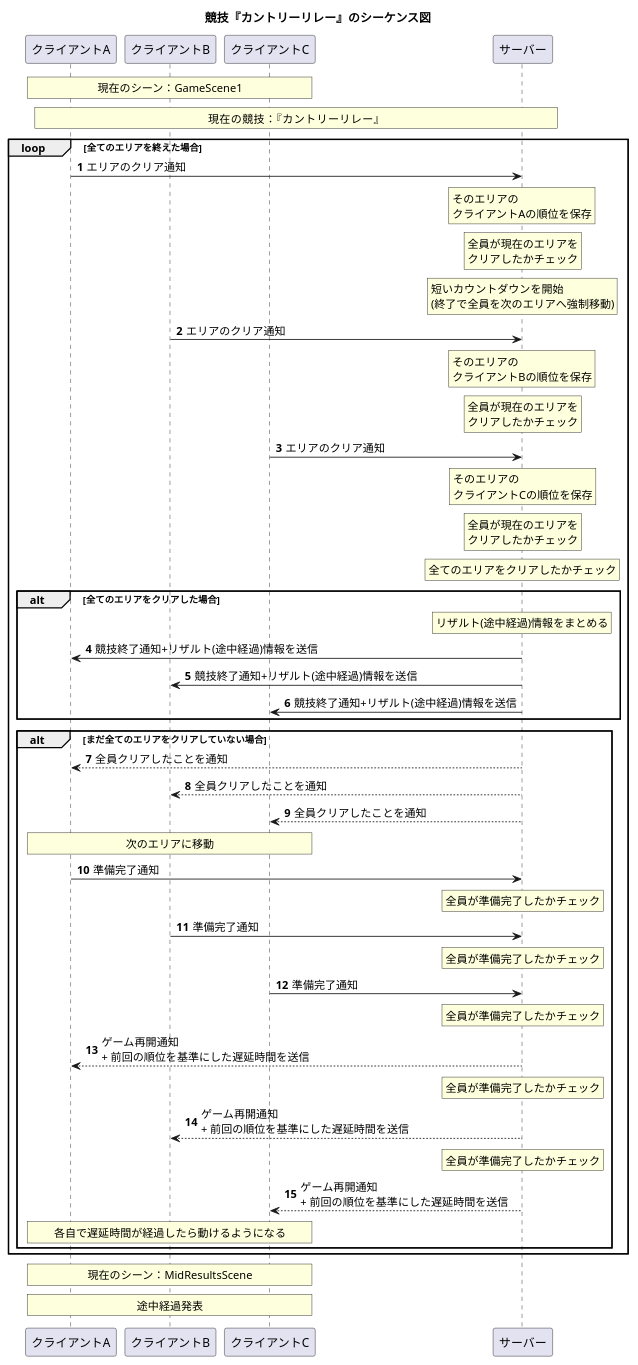
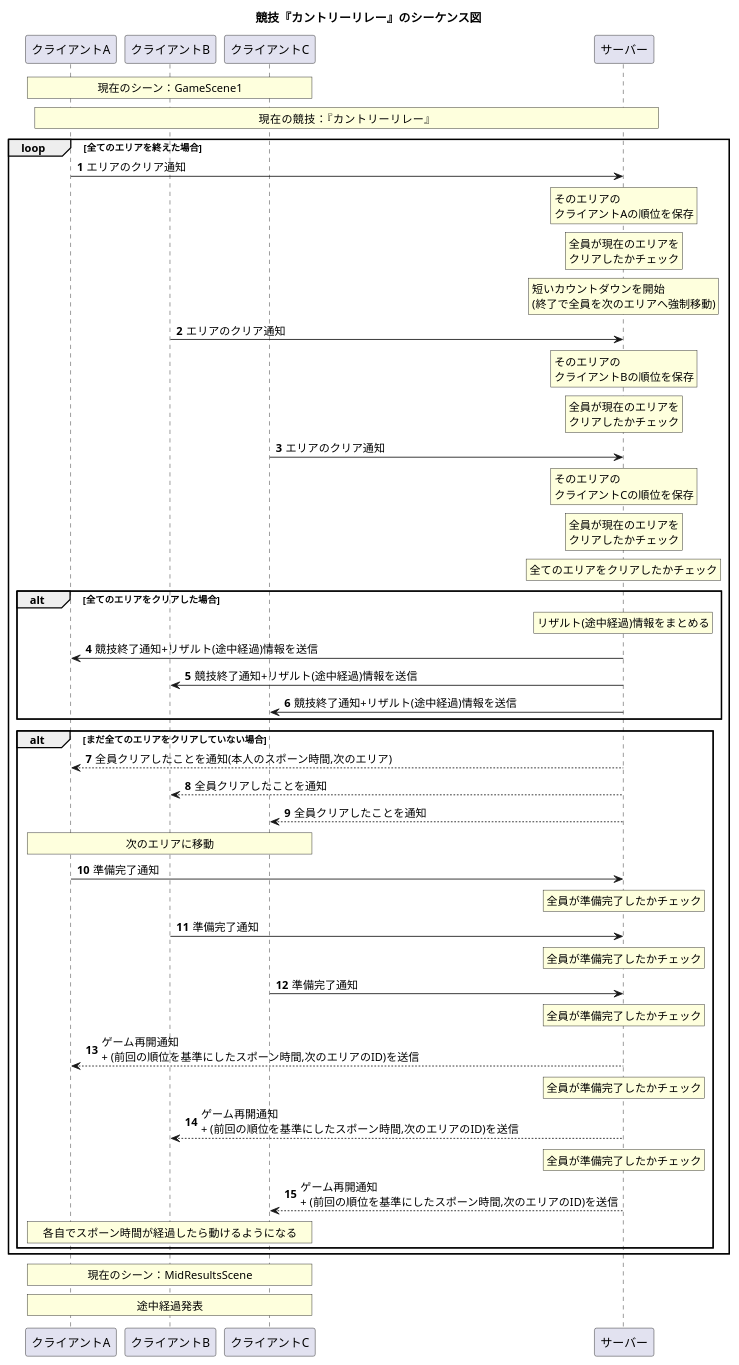
One commit to osaaaaaaaaaa/PlayingOutside changed the diagram in Document/07_競技『カントリーリレー』のシーケンス.puml. Above: the diagram before and after it, drawn with PlantUML. The commit also changed 97 other files, not shown here.

Commit message:
一部処理のシーケンス図作成、植物のギミック作成途中、障害物レースのエリア（通信部分以外）実装かんりょう

```diff
--- a/Document/07_競技『カントリーリレー』のシーケンス.puml
+++ b/Document/07_競技『カントリーリレー』のシーケンス.puml
@@ -1,59 +1,59 @@
 @startuml
 'https://plantuml.com/sequence-diagram
 
 
 participant クライアントA
 participant クライアントB
 participant クライアントC
 participant サーバー
 
 autonumber
 title 競技『カントリーリレー』のシーケンス図
 
 rnote over クライアントA,クライアントC:現在のシーン：GameScene1
 rnote over クライアントA,サーバー:現在の競技：『カントリーリレー』
 
 loop 全てのエリアを終えた場合
 クライアントA -> サーバー:エリアのクリア通知
 rnote over サーバー:そのエリアの\nクライアントAの順位を保存
 rnote over サーバー:全員が現在のエリアを\nクリアしたかチェック
 rnote over サーバー:短いカウントダウンを開始\n(終了で全員を次のエリアへ強制移動)
 クライアントB -> サーバー:エリアのクリア通知
 rnote over サーバー:そのエリアの\nクライアントBの順位を保存
 rnote over サーバー:全員が現在のエリアを\nクリアしたかチェック
 クライアントC -> サーバー:エリアのクリア通知
 rnote over サーバー:そのエリアの\nクライアントCの順位を保存
 rnote over サーバー:全員が現在のエリアを\nクリアしたかチェック
 rnote over サーバー:全てのエリアをクリアしたかチェック
 
 alt 全てのエリアをクリアした場合
 rnote over サーバー:リザルト(途中経過)情報をまとめる
 クライアントA <- サーバー:競技終了通知+リザルト(途中経過)情報を送信
 クライアントB <- サーバー:競技終了通知+リザルト(途中経過)情報を送信
 クライアントC <- サーバー:競技終了通知+リザルト(途中経過)情報を送信
 end
+
 alt まだ全てのエリアをクリアしていない場合
-
-クライアントA <-- サーバー:全員クリアしたことを通知
+クライアントA <-- サーバー:全員クリアしたことを通知(本人のスポーン時間,次のエリア)
 クライアントB <-- サーバー:全員クリアしたことを通知
 クライアントC <-- サーバー:全員クリアしたことを通知
 rnote over クライアントA,クライアントC: 次のエリアに移動
 クライアントA -> サーバー:準備完了通知
 rnote over サーバー:全員が準備完了したかチェック
 クライアントB -> サーバー:準備完了通知
 rnote over サーバー:全員が準備完了したかチェック
 クライアントC -> サーバー:準備完了通知
 rnote over サーバー:全員が準備完了したかチェック
-クライアントA <-- サーバー:ゲーム再開通知\n+ 前回の順位を基準にした遅延時間を送信
+クライアントA <-- サーバー:ゲーム再開通知\n+ (前回の順位を基準にしたスポーン時間,次のエリアのID)を送信
 rnote over サーバー:全員が準備完了したかチェック
-クライアントB <-- サーバー:ゲーム再開通知\n+ 前回の順位を基準にした遅延時間を送信
+クライアントB <-- サーバー:ゲーム再開通知\n+ (前回の順位を基準にしたスポーン時間,次のエリアのID)を送信
 rnote over サーバー:全員が準備完了したかチェック
-クライアントC <-- サーバー:ゲーム再開通知\n+ 前回の順位を基準にした遅延時間を送信
-rnote over クライアントA,クライアントC: 各自で遅延時間が経過したら動けるようになる
+クライアントC <-- サーバー:ゲーム再開通知\n+ (前回の順位を基準にしたスポーン時間,次のエリアのID)を送信
+rnote over クライアントA,クライアントC: 各自でスポーン時間が経過したら動けるようになる
 end
 end
 
 rnote over クライアントA,クライアントC:現在のシーン：MidResultsScene
 rnote over クライアントA,クライアントC:途中経過発表
 
 @enduml クライアントA
```
